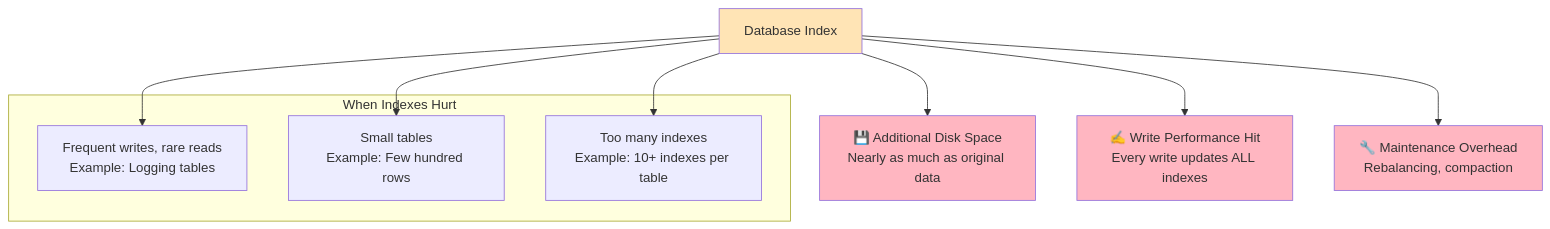
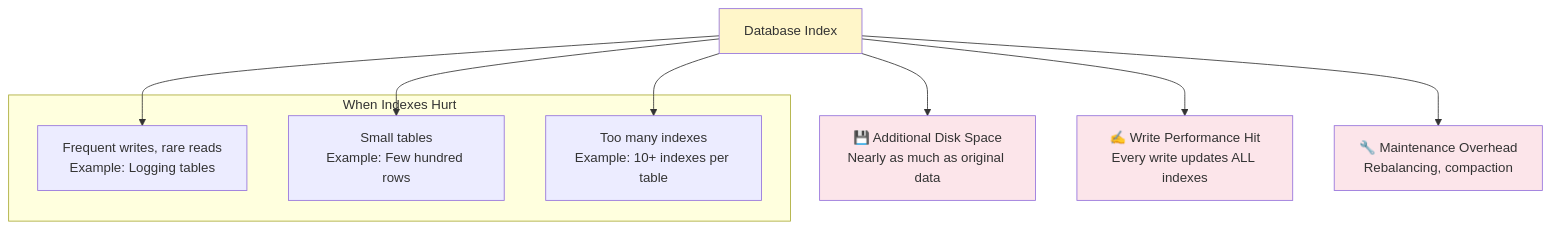
Before and after one commit to cartmancodes/InterviewVault: the fifth of 34 diagrams in LLD/CoreConcepts/DataIndexing.md, drawn with Mermaid. The commit also changed other lines of this file and 679 other files, not shown here.

Commit message:
Unify content diagrams and add accessible visual walkthroughs

````diff
--- a/LLD/CoreConcepts/DataIndexing.md
+++ b/LLD/CoreConcepts/DataIndexing.md
@@ -167,23 +167,23 @@
 ```mermaid
 graph TB
     IDX[Database Index]
     
     IDX --> COST1[💾 Additional Disk Space<br/>Nearly as much as original data]
     IDX --> COST2[✍️ Write Performance Hit<br/>Every write updates ALL indexes]
     IDX --> COST3[🔧 Maintenance Overhead<br/>Rebalancing, compaction]
     
     subgraph "When Indexes Hurt"
         CASE1[Frequent writes, rare reads<br/>Example: Logging tables]
         CASE2[Small tables<br/>Example: Few hundred rows]
         CASE3[Too many indexes<br/>Example: 10+ indexes per table]
     end
     
     IDX --> CASE1
     IDX --> CASE2
     IDX --> CASE3
     
-    style IDX fill:#FFE4B5
-    style COST1 fill:#FFB6C1
-    style COST2 fill:#FFB6C1
-    style COST3 fill:#FFB6C1
+    style IDX fill:#FFF6C9
+    style COST1 fill:#FCE5EA
+    style COST2 fill:#FCE5EA
+    style COST3 fill:#FCE5EA
 ```
````
